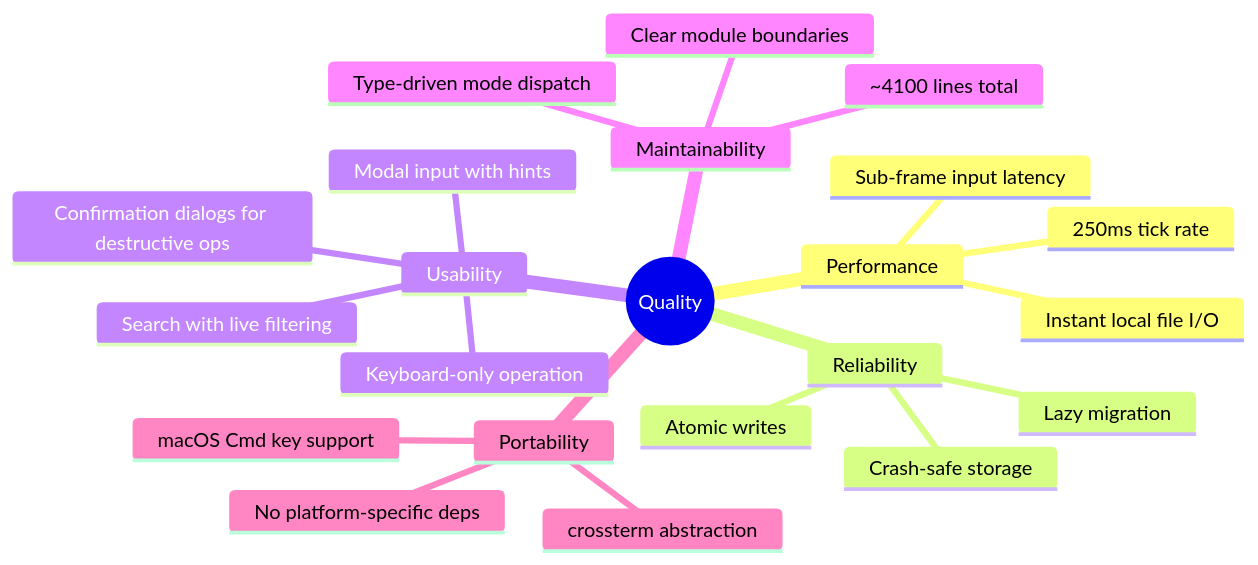
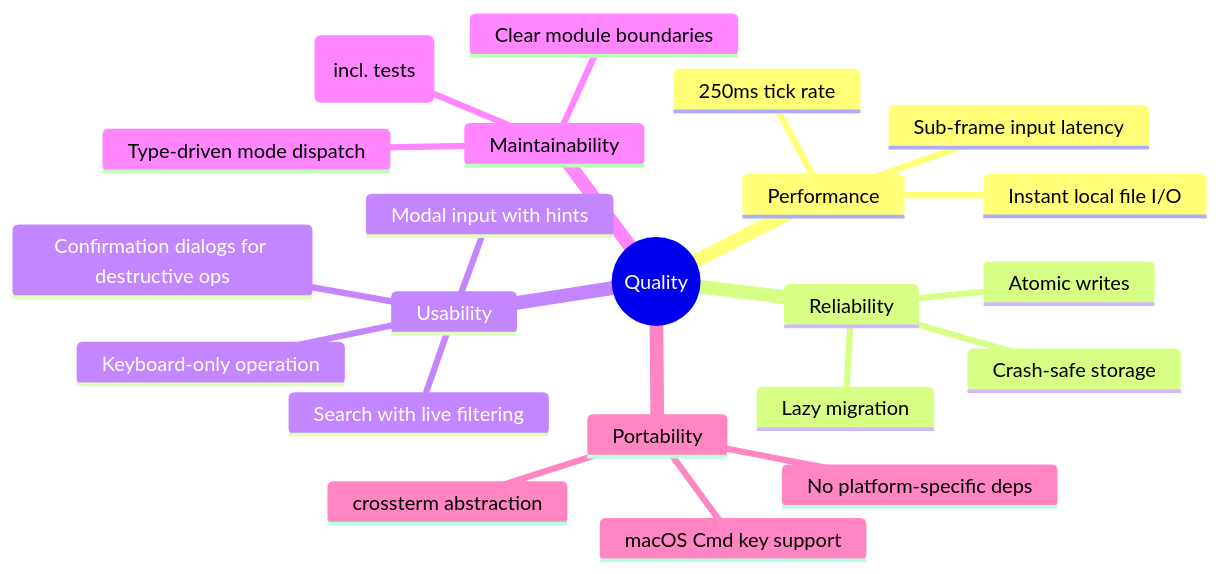
Diagram 11 of 11 in docs/arc42.md (waschmittel/tct), drawn with Mermaid before and after one commit. The commit also changed other lines of this file and 6 other files, not shown here.

First line of the commit message:
docs: align with current architecture and trim for concision

````diff
--- a/docs/arc42.md
+++ b/docs/arc42.md
@@ -623,25 +606,25 @@
 ```mermaid
 mindmap
   root((Quality))
     Performance
       Sub-frame input latency
       Instant local file I/O
       250ms tick rate
     Reliability
       Atomic writes
       Crash-safe storage
       Lazy migration
     Usability
       Keyboard-only operation
       Modal input with hints
       Search with live filtering
       Confirmation dialogs for destructive ops
     Maintainability
       Type-driven mode dispatch
       Clear module boundaries
-      ~4100 lines total
+      ~15k lines total (incl. tests)
     Portability
       crossterm abstraction
       No platform-specific deps
       macOS Cmd key support
 ```
````
